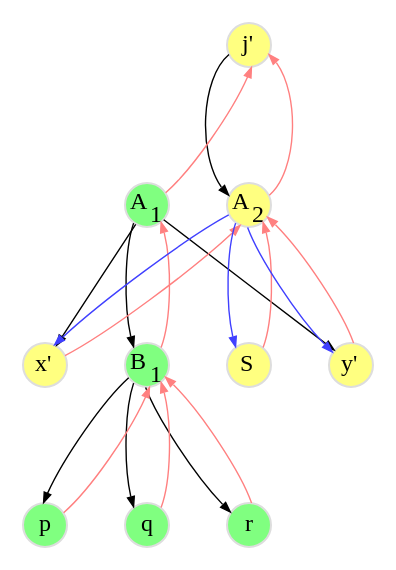
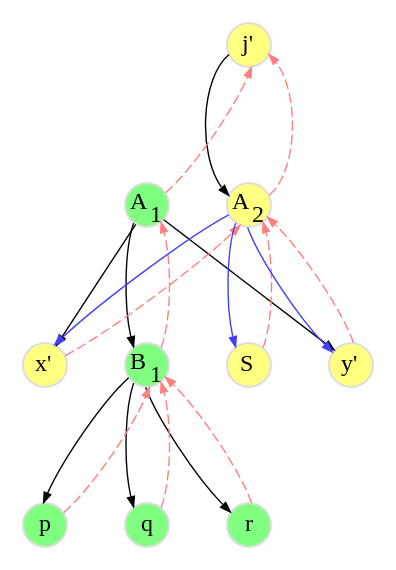
Before and after one commit to flatcap/dparted: the diagram in d4.gv, drawn with Graphviz. The commit also changed 4 other files, not shown here.

```diff
--- a/d4.gv
+++ b/d4.gv
@@ -1,64 +1,63 @@
 digraph d {
 	graph [
 		rankdir="TB"
 		bgcolor="white"
 		color="white"
 		nodesep="0.4"
 		ranksep="0.8"
 	];
 
 	node [
 		fontsize="12"
 		style="solid"
 		width="0.3"
 		height="0.3"
 		fixedsize="true"
 		penwidth="1.0"
 		color="#DDDDDD"
 	];
 
 	edge [
 		penwidth="0.7"
 		color="#000000"
 		arrowsize="0.5"
 	];
 
-
 	j  [ label=<j'>            style="filled" fillcolor="#ffff80" ];
 	a1 [ label=<A<SUB>1</SUB>> style="filled" fillcolor="#80ff80" ];
 	x  [ label=<x'>            style="filled" fillcolor="#ffff80" ];
 	b1 [ label=<B<SUB>1</SUB>> style="filled" fillcolor="#80ff80" ];
 	s  [ label=<S>             style="filled" fillcolor="#ffff80" ];
 	y  [ label=<y'>            style="filled" fillcolor="#ffff80" ];
 	p  [ label=<p>             style="filled" fillcolor="#80ff80" ];
 	q  [ label=<q>             style="filled" fillcolor="#80ff80" ];
 	r  [ label=<r>             style="filled" fillcolor="#80ff80" ];
 	a2 [ label=<A<SUB>2</SUB>> style="filled" fillcolor="#ffff80" ];
 
 	j  -> a1  [ style=invis  ];
 	j  -> a2;
-	a1 -> j   [ color="#ff8080" ];
+	a1 -> j   [ color="#ff8080" style=dashed ];
 	a1 -> x;
-	x  -> a2  [ color="#ff8080" constraint=false ];
+	x  -> a2  [ color="#ff8080" style=dashed constraint=false ];
 	a1 -> b1;
-	b1 -> a1  [ color="#ff8080" ];
+	b1 -> a1  [ color="#ff8080" style=dashed ];
 	a1 -> y;
-	y  -> a2  [ color="#ff8080" constraint=false ];
+	y  -> a2  [ color="#ff8080" style=dashed constraint=false ];
 	b1 -> p;
-	p  -> b1  [ color="#ff8080" ];
+	p  -> b1  [ color="#ff8080" style=dashed ];
 	b1 -> q;
-	q  -> b1  [ color="#ff8080" ];
+	q  -> b1  [ color="#ff8080" style=dashed ];
 	b1 -> r;
-	r  -> b1  [ color="#ff8080" ];
+	r  -> b1  [ color="#ff8080" style=dashed ];
 
 	j  -> a2 [ style=invis ];
 
-	a2 -> j  [ color="#ff8080"     ];
+	a2 -> j  [ color="#ff8080" style=dashed     ];
 	a2 -> x  [ color="#4040ff" constraint=false ];
 	a2 -> s  [ color="#4040ff" constraint=false ];
 	a2 -> y  [ color="#4040ff" constraint=false ];
-	s  -> a2 [ color="#ff8080" constraint=false ];
+	s  -> a2 [ color="#ff8080" style=dashed constraint=false ];
 
 	x -> b1 -> s -> y [ style=invis ];
 	{ rank=same x b1 s y }
 }
```
